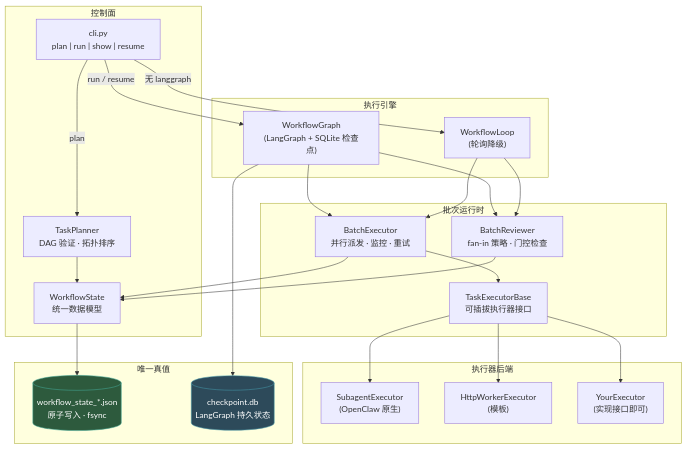
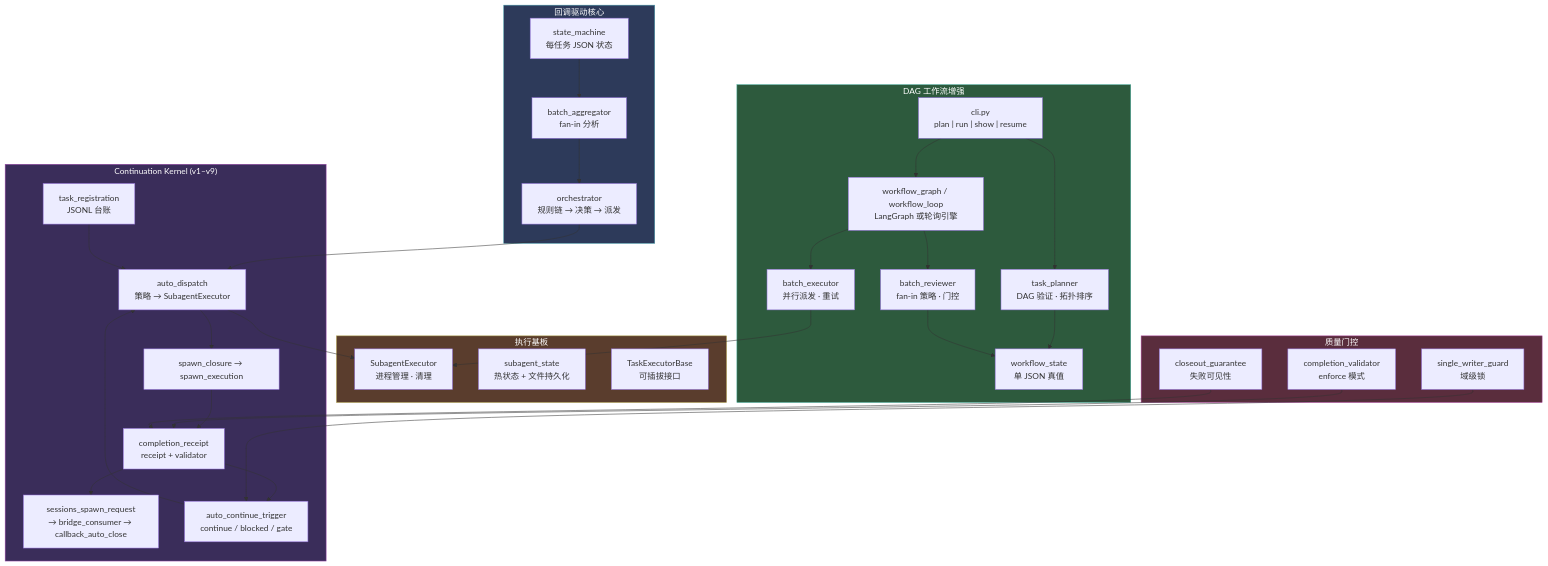
One commit to lanyasheng/openclaw-company-orchestration-proposal changed the first of 2 diagrams in README_CN.md. Above: the diagram before and after it, drawn with Mermaid. The commit also changed other lines of this file and 4 other files, not shown here.

First line of the commit message:
docs: unify architecture narrative — three integrated layers, not v1 vs v2

````diff
--- a/README_CN.md
+++ b/README_CN.md
@@ -38,44 +26,57 @@
 ```mermaid
 graph TD
-  subgraph Control["控制面"]
-    CLI["cli.py<br/>plan | run | show | resume"]
-    TP["TaskPlanner<br/>DAG 验证 · 拓扑排序"]
-    WS["WorkflowState<br/>统一数据模型"]
+  subgraph Core["回调驱动核心"]
+    SM["state_machine<br/>每任务 JSON 状态"]
+    BA["batch_aggregator<br/>fan-in 分析"]
+    OR["orchestrator<br/>规则链 → 决策 → 派发"]
   end
 
-  subgraph Engines["执行引擎"]
-    LG["WorkflowGraph<br/>(LangGraph + SQLite 检查点)"]
-    WL["WorkflowLoop<br/>(轮询降级)"]
+  subgraph Kernel["Continuation Kernel (v1–v9)"]
+    TR["task_registration<br/>JSONL 台账"]
+    AD["auto_dispatch<br/>策略 → SubagentExecutor"]
+    SC["spawn_closure → spawn_execution"]
+    CR["completion_receipt<br/>receipt + validator"]
+    SR["sessions_spawn_request<br/>→ bridge_consumer → callback_auto_close"]
+    AT["auto_continue_trigger<br/>continue / blocked / gate"]
   end
 
-  subgraph Runtime["批次运行时"]
-    BE["BatchExecutor<br/>并行派发 · 监控 · 重试"]
-    SE["TaskExecutorBase<br/>可插拔执行器接口"]
-    BR["BatchReviewer<br/>fan-in 策略 · 门控检查"]
+  subgraph DAG["DAG 工作流增强"]
+    WS["workflow_state<br/>单 JSON 真值"]
+    TP["task_planner<br/>DAG 验证 · 拓扑排序"]
+    BE["batch_executor<br/>并行派发 · 重试"]
+    BR["batch_reviewer<br/>fan-in 策略 · 门控"]
+    WG["workflow_graph / workflow_loop<br/>LangGraph 或轮询引擎"]
+    CLI["cli.py<br/>plan | run | show | resume"]
   end
 
-  subgraph Executors["执行器后端"]
-    SAE["SubagentExecutor<br/>(OpenClaw 原生)"]
-    HTTP["HttpWorkerExecutor<br/>(模板)"]
-    CUSTOM["YourExecutor<br/>(实现接口即可)"]
+  subgraph Exec["执行基板"]
+    SE["SubagentExecutor<br/>进程管理 · 清理"]
+    SS["subagent_state<br/>热状态 + 文件持久化"]
+    EI["TaskExecutorBase<br/>可插拔接口"]
   end
 
-  subgraph Persistence["唯一真值"]
-    JSON[("workflow_state_*.json<br/>原子写入 · fsync")]
-    CK[("checkpoint.db<br/>LangGraph 持久状态")]
+  subgraph Quality["质量门控"]
+    CV["completion_validator<br/>enforce 模式"]
+    SW["single_writer_guard<br/>域级锁"]
+    CG["closeout_guarantee<br/>失败可见性"]
   end
 
-  CLI -->|plan| TP
-  TP --> WS --> JSON
-  CLI -->|run / resume| LG
-  CLI -->|无 langgraph| WL
-  LG & WL --> BE
-  LG & WL --> BR
-  BE --> SE
-  SE --> SAE & HTTP & CUSTOM
-  LG --> CK
-  BE & BR --> WS
+  OR --> AD
+  AD --> SE
+  CR --> AT
+  AT --> AD
+  SM --> BA --> OR
+  TR --> AD --> SC --> CR --> SR
+  CLI --> TP --> WS
+  CLI --> WG --> BE --> SE
+  WG --> BR --> WS
+  CV --> CR
+  SW --> AT
+  CG --> CR
 
-  style JSON fill:#2d5a3d,stroke:#4a9,color:#fff
-  style CK fill:#2d4a5a,stroke:#49a,color:#fff
+  style Core fill:#2d3a5a,stroke:#49a,color:#fff
+  style Kernel fill:#3a2d5a,stroke:#94a,color:#fff
+  style DAG fill:#2d5a3d,stroke:#4a9,color:#fff
+  style Exec fill:#5a3d2d,stroke:#a94,color:#fff
+  style Quality fill:#5a2d3d,stroke:#a49,color:#fff
 ```
````
